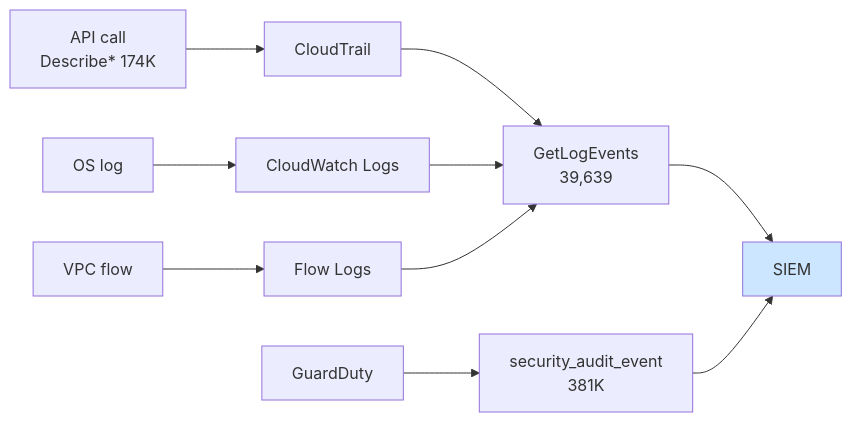
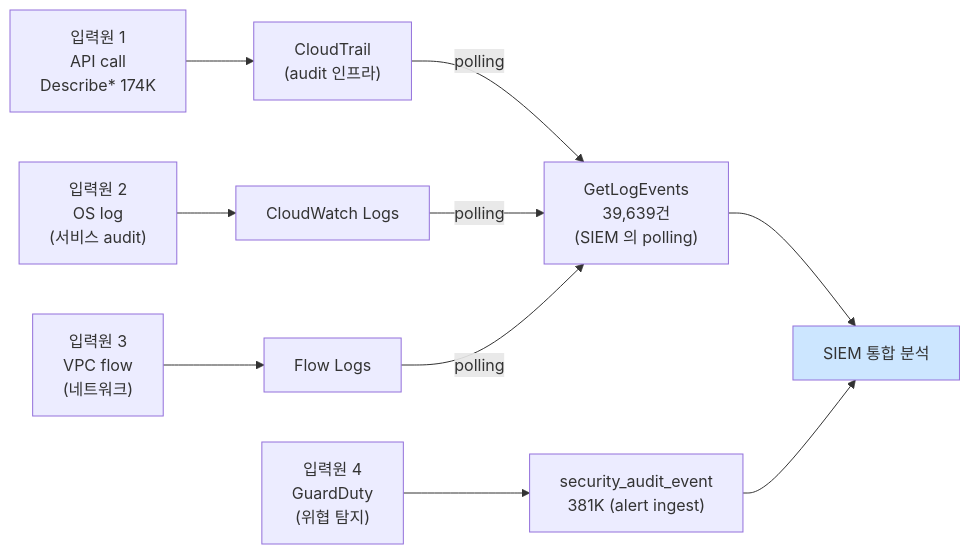
One commit to mrgrit/ccc changed the diagram in contents/education/course6-cloud-container/week13/lecture.md. Above: the diagram before and after it, drawn with Mermaid. The commit also changed other lines of this file and 12 other files, not shown here.

````diff
--- a/contents/education/course6-cloud-container/week13/lecture.md
+++ b/contents/education/course6-cloud-container/week13/lecture.md
@@ -433,14 +437,14 @@
 ```mermaid
 graph LR
-    SRC1[API call<br/>Describe* 174K] --> CT[CloudTrail]
-    SRC2[OS log] --> CWL[CloudWatch Logs]
-    SRC3[VPC flow] --> CWLF[Flow Logs]
-    SRC4[GuardDuty] --> ALERT[security_audit_event<br/>381K]
-    CT --> READ[GetLogEvents<br/>39,639]
-    CWL --> READ
-    CWLF --> READ
-    READ --> SIEM[SIEM]
+    SRC1["입력원 1<br/>API call<br/>Describe* 174K"] --> CT["CloudTrail<br/>(audit 인프라)"]
+    SRC2["입력원 2<br/>OS log<br/>(서비스 audit)"] --> CWL["CloudWatch Logs"]
+    SRC3["입력원 3<br/>VPC flow<br/>(네트워크)"] --> CWLF["Flow Logs"]
+    SRC4["입력원 4<br/>GuardDuty<br/>(위협 탐지)"] --> ALERT["security_audit_event<br/>381K (alert ingest)"]
+    CT -->|polling| READ["GetLogEvents<br/>39,639건<br/>(SIEM 의 polling)"]
+    CWL -->|polling| READ
+    CWLF -->|polling| READ
+    READ --> SIEM["SIEM 통합 분석"]
     ALERT --> SIEM
 
     style SIEM fill:#cce6ff
 ```
````
